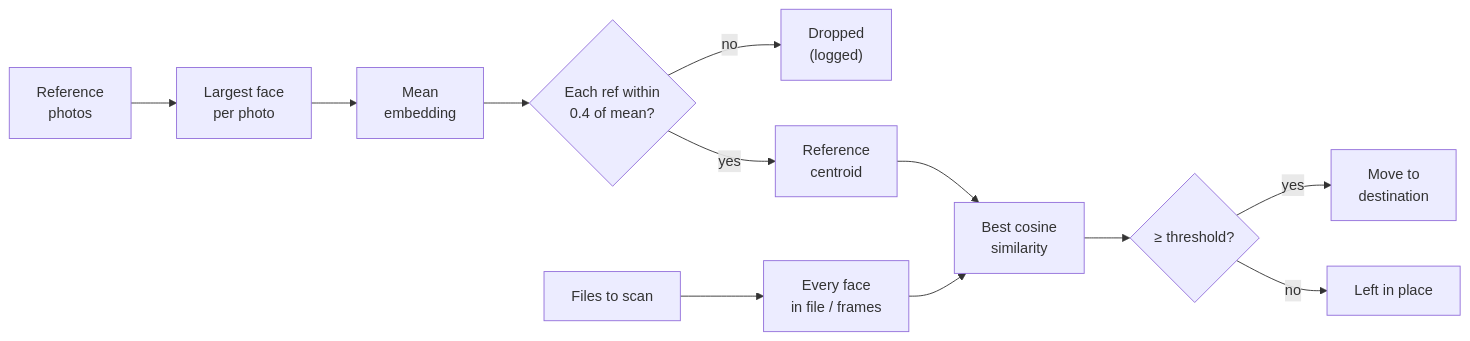
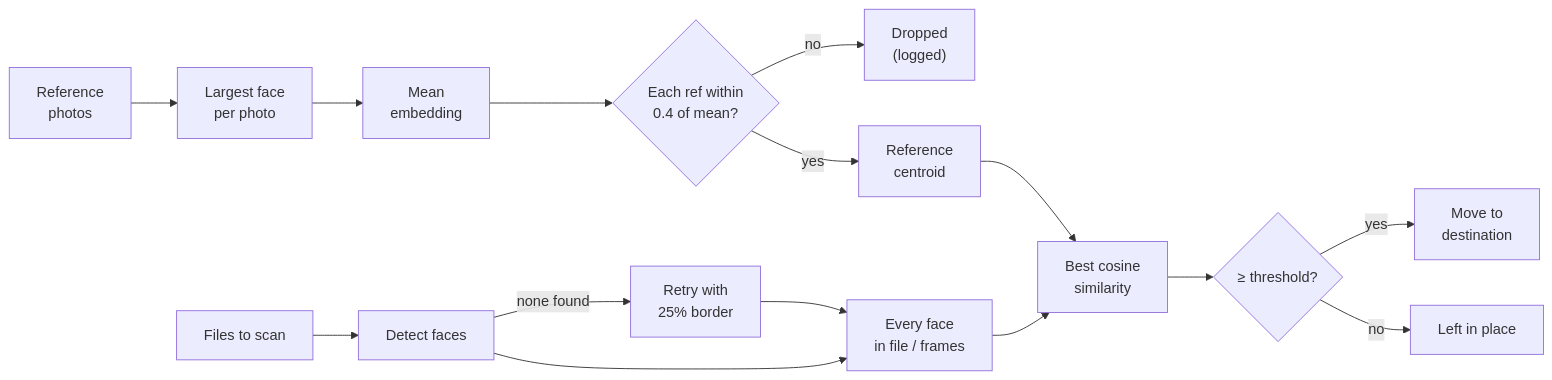
One commit to BitWise-0x/Vaquero changed the second of 2 diagrams in README.md. Above: the diagram before and after it, drawn with Mermaid. The commit also changed other lines of this file and 8 other files, not shown here.

````diff
--- a/README.md
+++ b/README.md
@@ -85,15 +91,18 @@
 ```mermaid
 flowchart LR
     refs["Reference<br>photos"] --> largest["Largest face<br>per photo"]
     largest --> centroid["Mean<br>embedding"]
     centroid --> outlier{"Each ref within<br>0.4 of mean?"}
     outlier -->|"no"| drop["Dropped<br>(logged)"]
     outlier -->|"yes"| final["Reference<br>centroid"]
 
-    files["Files to scan"] --> faces["Every face<br>in file / frames"]
+    files["Files to scan"] --> detect["Detect faces"]
+    detect -->|"none found"| pad["Retry with<br>25% border"]
+    detect --> faces["Every face<br>in file / frames"]
+    pad --> faces
     faces --> score["Best cosine<br>similarity"]
     final --> score
     score --> thr{"≥ threshold?"}
     thr -->|"yes"| move["Move to<br>destination"]
     thr -->|"no"| stay["Left in place"]
 ```
````
